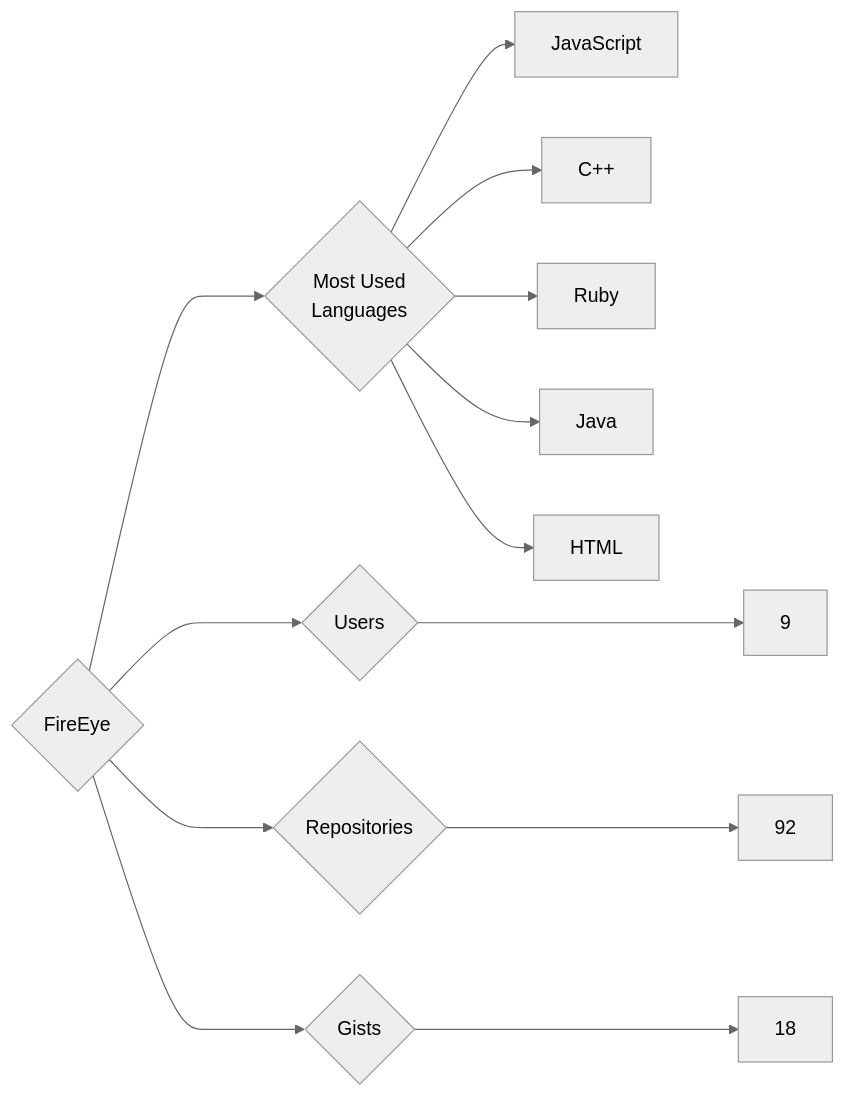
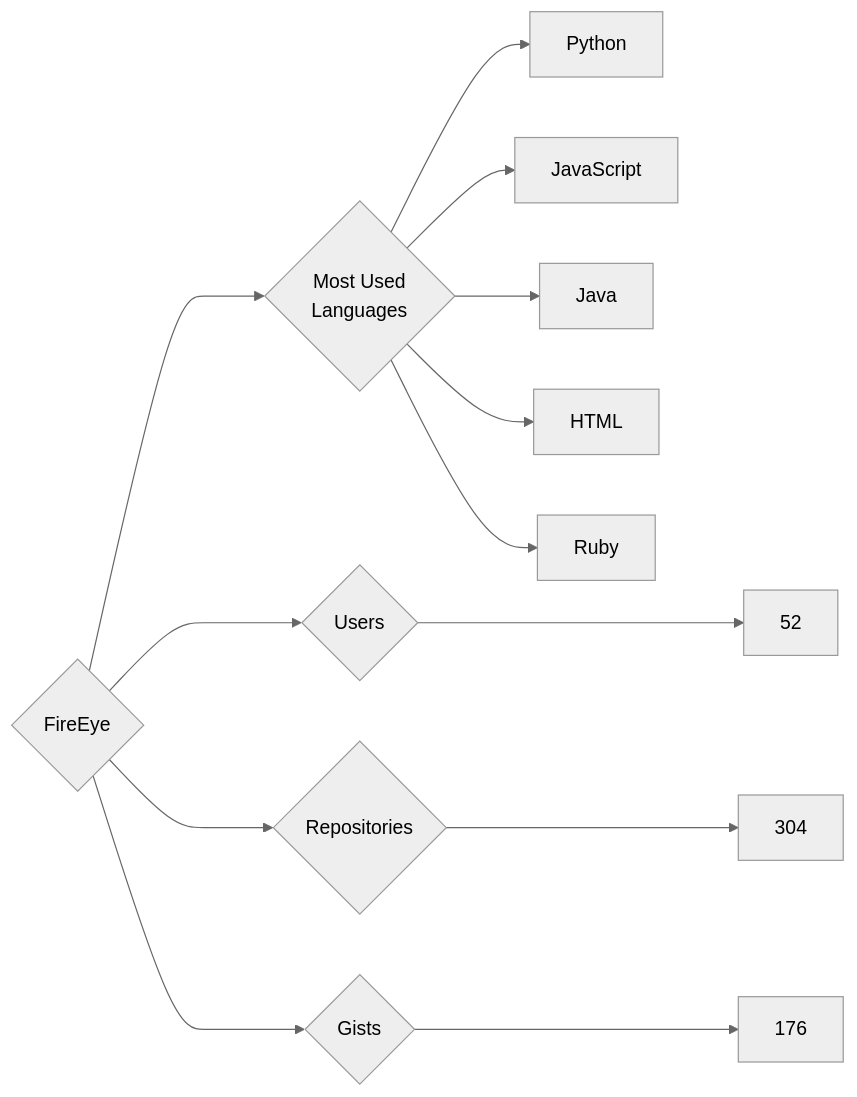
The diagram in targets/FireEye/README.md (trickest/insiders), drawn with Mermaid (neutral theme) before and after one commit. The commit also changed 984 other files, not shown here.

````diff
--- a/targets/FireEye/README.md
+++ b/targets/FireEye/README.md
@@ -3,13 +3,13 @@
 ```mermaid
 graph LR
 COMPANY_NAME{FireEye}
-COMPANY_NAME ---> U{Users} ---> UN[9]
-COMPANY_NAME ---> R{Repositories} ---> RN[92]
-COMPANY_NAME ---> G{Gists} ---> GN[18]
+COMPANY_NAME ---> U{Users} ---> UN[52]
+COMPANY_NAME ---> R{Repositories} ---> RN[304]
+COMPANY_NAME ---> G{Gists} ---> GN[176]
 COMPANY_NAME ---> ML{Most Used<br>Languages}
+ML --> Python[Python]
 ML --> JavaScript[JavaScript]
-ML --> C++[C++]
-ML --> Ruby[Ruby]
 ML --> Java[Java]
 ML --> HTML[HTML]
+ML --> Ruby[Ruby]
 ```
````
